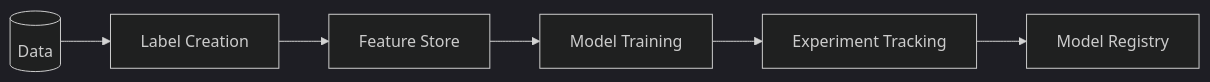
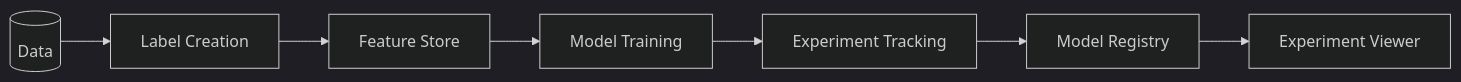
Before and after one commit to sfc-gh-kenokizono/mlops_snowflake_handson: the diagram in README.md, drawn with Mermaid (dark theme). The commit also changed other lines of this file and 3 other files, not shown here.

````diff
--- a/README.md
+++ b/README.md
@@ -74,4 +76,4 @@
 ```mermaid
 flowchart LR
-    A[(Data)] --> B[Label Creation] --> C[Feature Store] --> D[Model Training] --> E[Experiment Tracking] --> F[Model Registry]
+    A[(Data)] --> B[Label Creation] --> C[Feature Store] --> D[Model Training] --> E[Experiment Tracking] --> F[Model Registry] --> G[Experiment Viewer]
 ```
````
